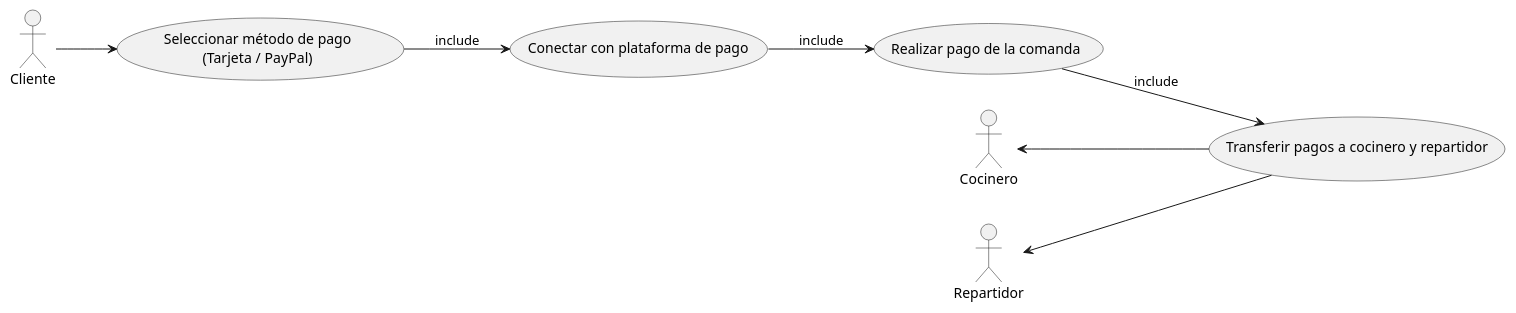
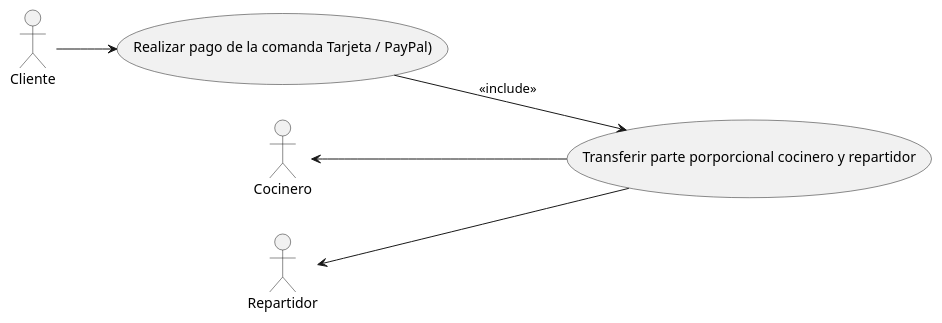
Before and after one commit to dabien3/ES25UAB-511-05: the diagram in documents/Diagrames Casos d'Us/Code Plantuml/code_bloq4.pUML, drawn with PlantUML.

```diff
--- a/documents/Diagrames Casos d'Us/Code Plantuml/code_bloq4.pUML
+++ b/documents/Diagrames Casos d'Us/Code Plantuml/code_bloq4.pUML
@@ -1,23 +1,18 @@
 @startuml
 left to right direction
 
 actor Cliente
 actor Cocinero
 actor Repartidor
 
-  usecase "Realizar pago de la comanda" as us1
-  usecase "Seleccionar método de pago\n(Tarjeta / PayPal)" as us2
-  usecase "Transferir pagos a cocinero y repartidor" as us3
-  usecase "Conectar con plataforma de pago" as us4
+  usecase "Realizar pago de la comanda Tarjeta / PayPal)" as us2
+  usecase "Transferir parte porporcional cocinero y repartidor" as us3
 
 
 Cliente --> us2
 
-us2 --> us4 : include
-us1 --> us3 : include
-us4 --> us1 : include
-
+us2 -->us3 : <<include>>
 Cocinero <-- us3
 Repartidor <-- us3
 
 @enduml
```
